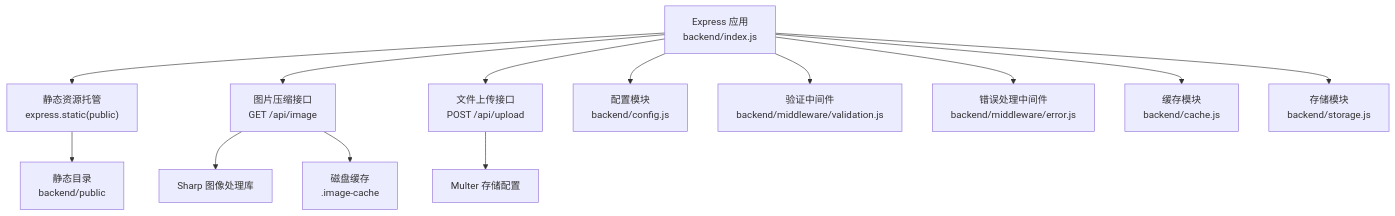
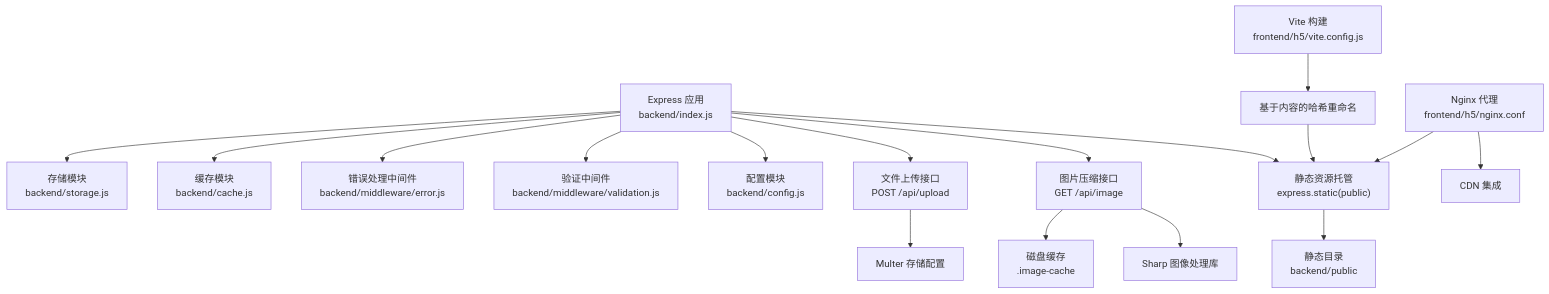
Before and after one commit to Giraffe-Han/microAPP: the first of 5 diagrams in .qoder/repowiki/zh/content/后端服务架构/核心服务模块/静态文件服务.md, drawn with Mermaid. The commit also changed other lines of this file and 176 other files, not shown here.

````diff
--- a/.qoder/repowiki/zh/content/后端服务架构/核心服务模块/静态文件服务.md
+++ b/.qoder/repowiki/zh/content/后端服务架构/核心服务模块/静态文件服务.md
@@ -57,15 +64,19 @@
 ```mermaid
 graph TB
 A["Express 应用<br/>backend/index.js"] --> B["静态资源托管<br/>express.static(public)"]
 A --> C["图片压缩接口<br/>GET /api/image"]
 A --> D["文件上传接口<br/>POST /api/upload"]
 B --> E["静态目录<br/>backend/public"]
 C --> F["Sharp 图像处理库"]
 C --> G["磁盘缓存<br/>.image-cache"]
 D --> H["Multer 存储配置"]
 A --> I["配置模块<br/>backend/config.js"]
 A --> J["验证中间件<br/>backend/middleware/validation.js"]
 A --> K["错误处理中间件<br/>backend/middleware/error.js"]
 A --> L["缓存模块<br/>backend/cache.js"]
 A --> M["存储模块<br/>backend/storage.js"]
+N["Vite 构建<br/>frontend/h5/vite.config.js"] --> O["基于内容的哈希重命名"]
+P["Nginx 代理<br/>frontend/h5/nginx.conf"] --> Q["CDN 集成"]
+O --> B
+P --> B
 ```
````
